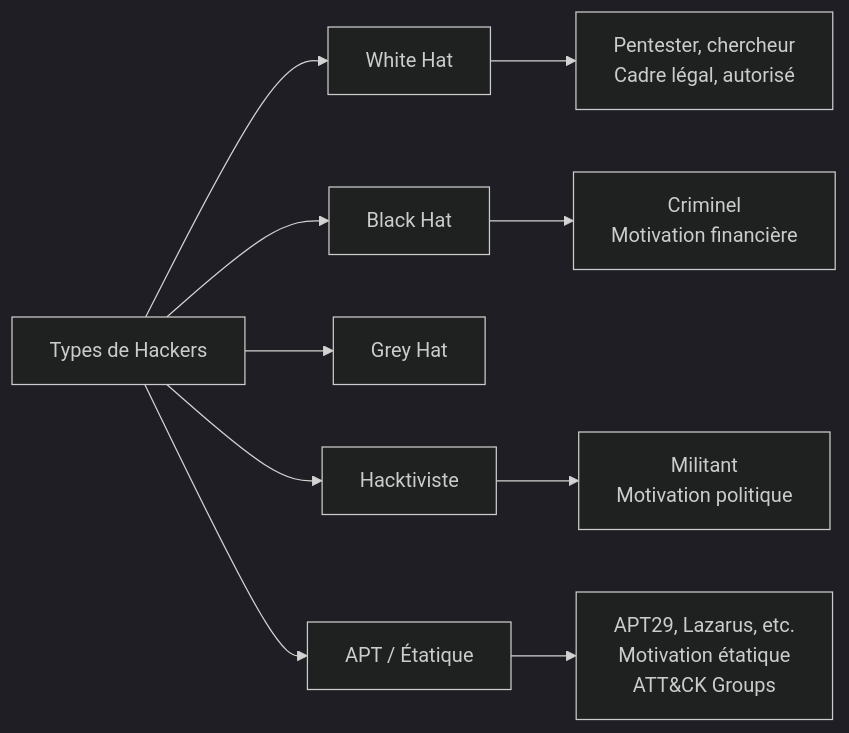
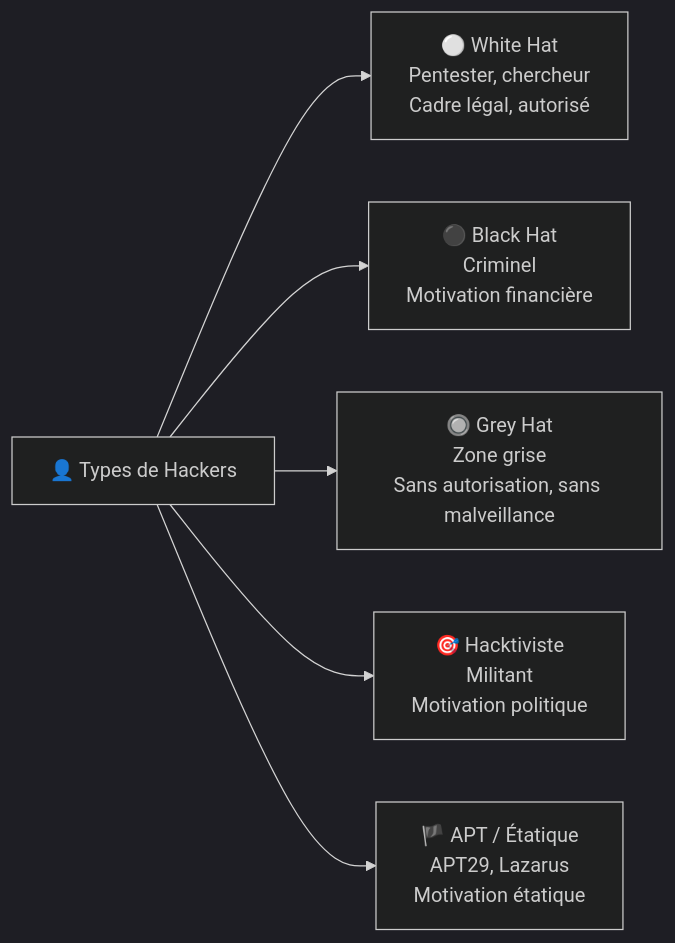
One commit to yugmerabtene/techniques-de-hacking-niveau-1 changed the third of 5 diagrams in JOUR-01.md. Above: the diagram before and after it, drawn with Mermaid (dark theme). The commit also changed other lines of this file and 22 other files, not shown here.

Commit message:
v3: labs ultra-guides + HORS-SERIE agentic KillChainAgent + schemas mermaid + ATT&CK partout

````diff
--- a/JOUR-01.md
+++ b/JOUR-01.md
@@ -92,12 +221,8 @@
 ```mermaid
 flowchart LR
-    A[Types de Hackers] --> B[White Hat]
-    A --> C[Black Hat]
-    A --> D[Grey Hat]
-    A --> E[Hacktiviste]
-    A --> F[APT / Étatique]
-    B --> B1[Pentester, chercheur\nCadre légal, autorisé]
-    C --> C1[Criminel\nMotivation financière]
-    E --> E1[Militant\nMotivation politique]
-    F --> F1[APT29, Lazarus, etc.\nMotivation étatique\nATT&CK Groups]
+    A["👤 Types de Hackers"] --> B["⚪ White Hat<br/>Pentester, chercheur<br/>Cadre légal, autorisé"]
+    A --> C["⚫ Black Hat<br/>Criminel<br/>Motivation financière"]
+    A --> D["🔘 Grey Hat<br/>Zone grise<br/>Sans autorisation, sans malveillance"]
+    A --> E["🎯 Hacktiviste<br/>Militant<br/>Motivation politique"]
+    A --> F["🏴 APT / Étatique<br/>APT29, Lazarus<br/>Motivation étatique"]
 ```
````
